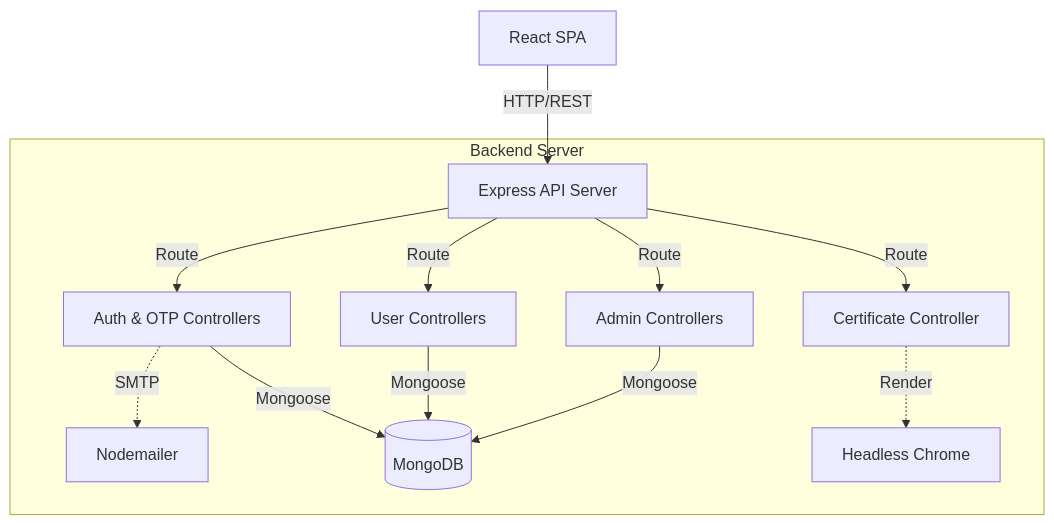
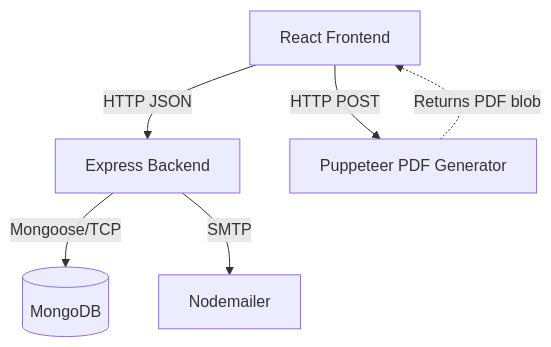
The first of 2 diagrams in architecture.md (abdul8704/EduTrack), drawn with Mermaid before and after one commit. The commit also changed other lines of this file, not shown here.

````diff
--- a/architecture.md
+++ b/architecture.md
@@ -22,18 +21,9 @@
 ```mermaid
 graph TD
-    Client[React SPA] -->|HTTP/REST| API[Express API Server]
+    Client[React Frontend] -->|HTTP JSON| API[Express Backend]
+    Client -->|HTTP POST| CertGen[Puppeteer PDF Generator]
+    API -->|Mongoose/TCP| DB[(MongoDB)]
+    API -->|SMTP| Mailer[Nodemailer]
     
-    subgraph Backend Server
-        API -->|Route| AuthCtrl[Auth & OTP Controllers]
-        API -->|Route| UserCtrl[User Controllers]
-        API -->|Route| AdminCtrl[Admin Controllers]
-        API -->|Route| CertCtrl[Certificate Controller]
-        
-        AuthCtrl -.->|SMTP| Mail[Nodemailer]
-        CertCtrl -.->|Render| Puppeteer[Headless Chrome]
-        
-        AuthCtrl -->|Mongoose| DB[(MongoDB)]
-        UserCtrl -->|Mongoose| DB
-        AdminCtrl -->|Mongoose| DB
-    end
+    CertGen -.->|Returns PDF blob| Client
 ```
````
